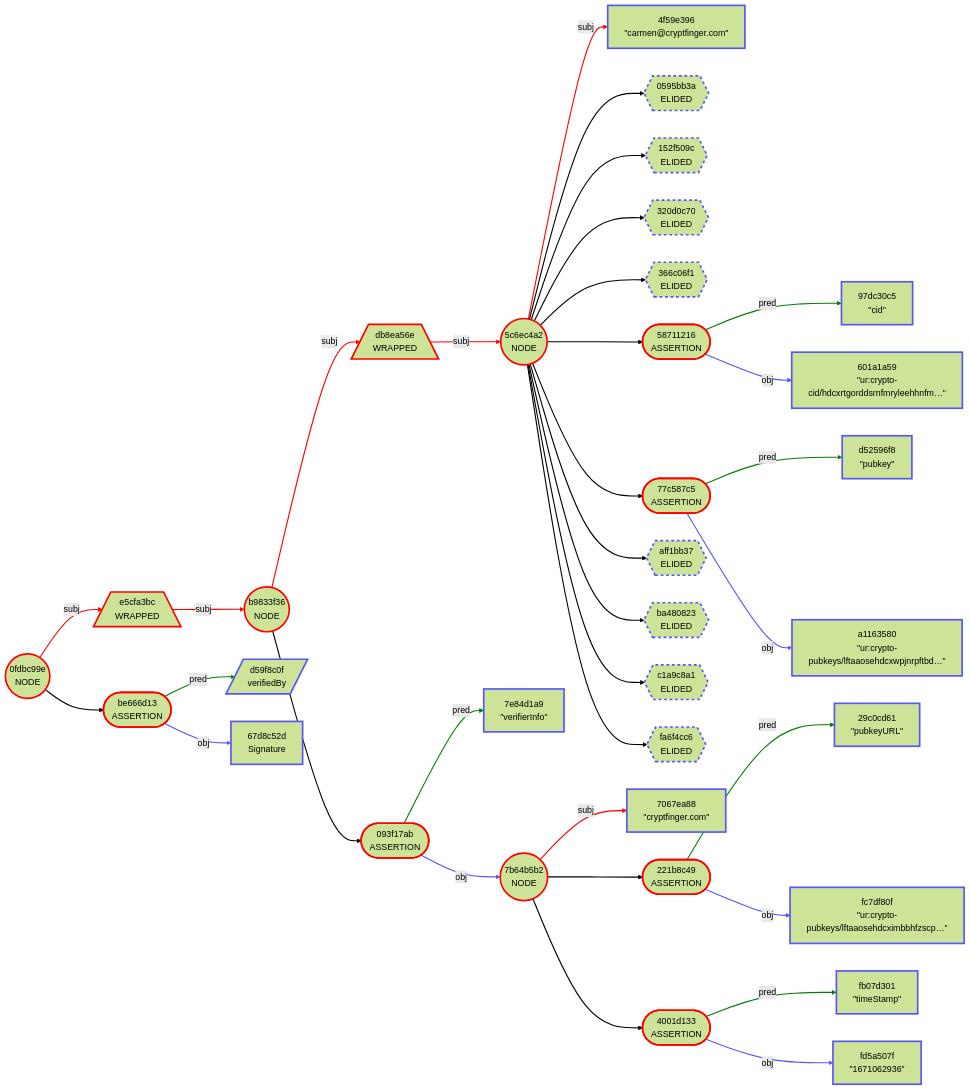
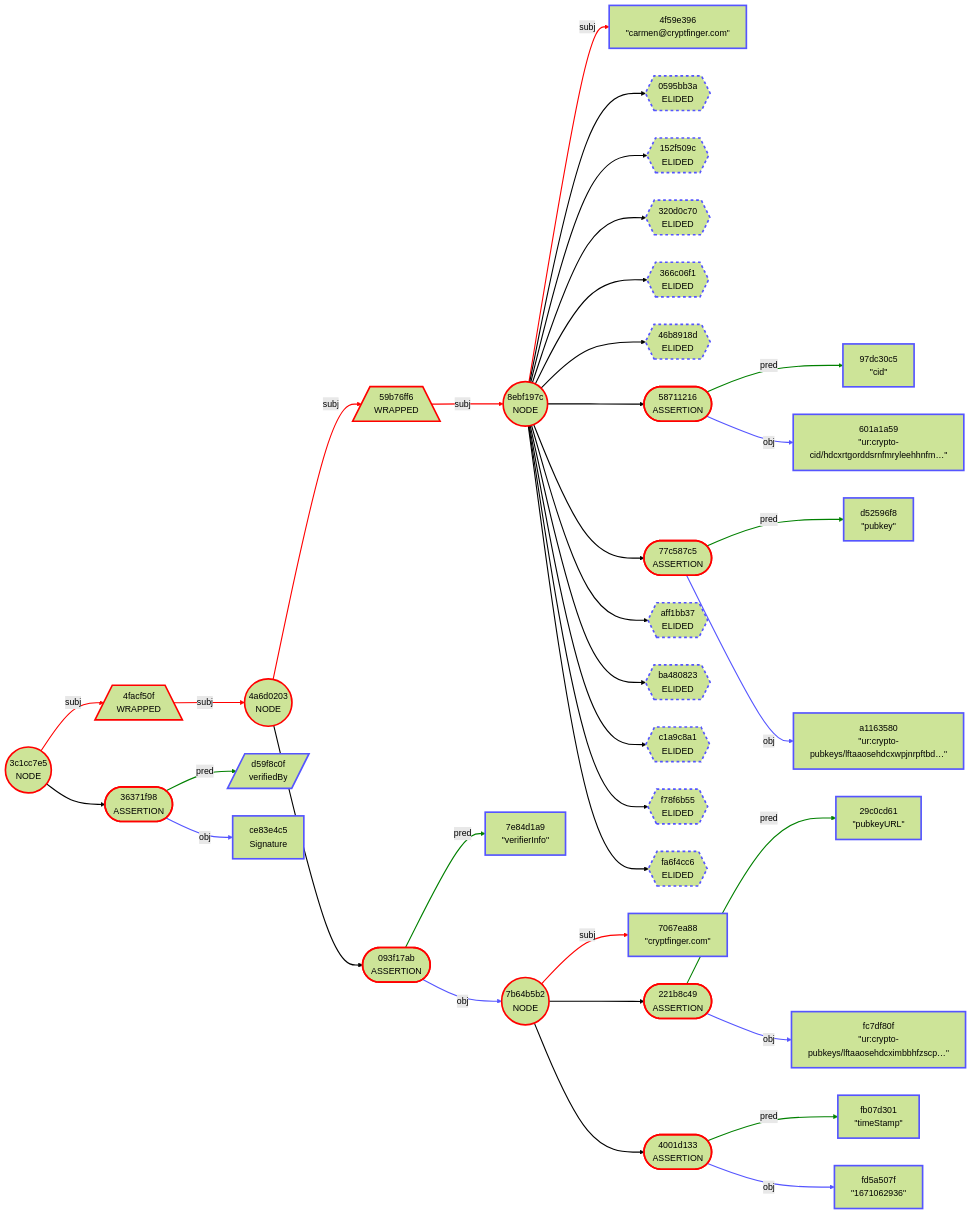
Before and after one commit to BlockchainCommons/Gordian: the fifth of 8 diagrams in Docs/Envelope-Use-Cases-Data.md, drawn with Mermaid (forest theme). The commit also changed other lines of this file, not shown here.

````diff
--- a/Docs/Envelope-Use-Cases-Data.md
+++ b/Docs/Envelope-Use-Cases-Data.md
@@ -1899,38 +1899,40 @@
 ```mermaid
 graph LR
-    1(("0fdbc99e<br/>NODE"))
-    2[/"e5cfa3bc<br/>WRAPPED"\]
-    3(("b9833f36<br/>NODE"))
-    4[/"db8ea56e<br/>WRAPPED"\]
-    5(("5c6ec4a2<br/>NODE"))
+    1(("3c1cc7e5<br/>NODE"))
+    2[/"4facf50f<br/>WRAPPED"\]
+    3(("4a6d0203<br/>NODE"))
+    4[/"59b76ff6<br/>WRAPPED"\]
+    5(("8ebf197c<br/>NODE"))
     6["4f59e396<br/>#quot;carmen@cryptfinger.com#quot;"]
     7{{"0595bb3a<br/>ELIDED"}}
     8{{"152f509c<br/>ELIDED"}}
     9{{"320d0c70<br/>ELIDED"}}
     10{{"366c06f1<br/>ELIDED"}}
-    11(["58711216<br/>ASSERTION"])
-    12["97dc30c5<br/>#quot;cid#quot;"]
-    13["601a1a59<br/>#quot;ur:crypto-cid/hdcxrtgorddsrnfmryleehhnfm…#quot;"]
-    14(["77c587c5<br/>ASSERTION"])
-    15["d52596f8<br/>#quot;pubkey#quot;"]
-    16["a1163580<br/>#quot;ur:crypto-pubkeys/lftaaosehdcxwpjnrpftbd…#quot;"]
-    17{{"aff1bb37<br/>ELIDED"}}
-    18{{"ba480823<br/>ELIDED"}}
-    19{{"c1a9c8a1<br/>ELIDED"}}
-    20{{"fa6f4cc6<br/>ELIDED"}}
-    21(["093f17ab<br/>ASSERTION"])
-    22["7e84d1a9<br/>#quot;verifierInfo#quot;"]
-    23(("7b64b5b2<br/>NODE"))
-    24["7067ea88<br/>#quot;cryptfinger.com#quot;"]
-    25(["221b8c49<br/>ASSERTION"])
-    26["29c0cd61<br/>#quot;pubkeyURL#quot;"]
-    27["fc7df80f<br/>#quot;ur:crypto-pubkeys/lftaaosehdcximbbhfzscp…#quot;"]
-    28(["4001d133<br/>ASSERTION"])
-    29["fb07d301<br/>#quot;timeStamp#quot;"]
-    30["fd5a507f<br/>#quot;1671062936#quot;"]
-    31(["be666d13<br/>ASSERTION"])
-    32[/"d59f8c0f<br/>verifiedBy"/]
-    33["67d8c52d<br/>Signature"]
+    11{{"46b8918d<br/>ELIDED"}}
+    12(["58711216<br/>ASSERTION"])
+    13["97dc30c5<br/>#quot;cid#quot;"]
+    14["601a1a59<br/>#quot;ur:crypto-cid/hdcxrtgorddsrnfmryleehhnfm…#quot;"]
+    15(["77c587c5<br/>ASSERTION"])
+    16["d52596f8<br/>#quot;pubkey#quot;"]
+    17["a1163580<br/>#quot;ur:crypto-pubkeys/lftaaosehdcxwpjnrpftbd…#quot;"]
+    18{{"aff1bb37<br/>ELIDED"}}
+    19{{"ba480823<br/>ELIDED"}}
+    20{{"c1a9c8a1<br/>ELIDED"}}
+    21{{"f78f6b55<br/>ELIDED"}}
+    22{{"fa6f4cc6<br/>ELIDED"}}
+    23(["093f17ab<br/>ASSERTION"])
+    24["7e84d1a9<br/>#quot;verifierInfo#quot;"]
+    25(("7b64b5b2<br/>NODE"))
+    26["7067ea88<br/>#quot;cryptfinger.com#quot;"]
+    27(["221b8c49<br/>ASSERTION"])
+    28["29c0cd61<br/>#quot;pubkeyURL#quot;"]
+    29["fc7df80f<br/>#quot;ur:crypto-pubkeys/lftaaosehdcximbbhfzscp…#quot;"]
+    30(["4001d133<br/>ASSERTION"])
+    31["fb07d301<br/>#quot;timeStamp#quot;"]
+    32["fd5a507f<br/>#quot;1671062936#quot;"]
+    33(["36371f98<br/>ASSERTION"])
+    34[/"d59f8c0f<br/>verifiedBy"/]
+    35["ce83e4c5<br/>Signature"]
     1 -->|subj| 2
     2 -->|subj| 3
     3 -->|subj| 4
@@ -1941,28 +1943,30 @@
     5 --> 9
     5 --> 10
     5 --> 11
-    11 -->|pred| 12
-    11 -->|obj| 13
-    5 --> 14
-    14 -->|pred| 15
-    14 -->|obj| 16
-    5 --> 17
+    5 --> 12
+    12 -->|pred| 13
+    12 -->|obj| 14
+    5 --> 15
+    15 -->|pred| 16
+    15 -->|obj| 17
     5 --> 18
     5 --> 19
     5 --> 20
-    3 --> 21
-    21 -->|pred| 22
-    21 -->|obj| 23
-    23 -->|subj| 24
-    23 --> 25
-    25 -->|pred| 26
-    25 -->|obj| 27
-    23 --> 28
-    28 -->|pred| 29
-    28 -->|obj| 30
-    1 --> 31
-    31 -->|pred| 32
-    31 -->|obj| 33
+    5 --> 21
+    5 --> 22
+    3 --> 23
+    23 -->|pred| 24
+    23 -->|obj| 25
+    25 -->|subj| 26
+    25 --> 27
+    27 -->|pred| 28
+    27 -->|obj| 29
+    25 --> 30
+    30 -->|pred| 31
+    30 -->|obj| 32
+    1 --> 33
+    33 -->|pred| 34
+    33 -->|obj| 35
     style 1 stroke:red,stroke-width:3.0px
     style 2 stroke:red,stroke-width:3.0px
     style 3 stroke:red,stroke-width:3.0px
@@ -1973,29 +1977,31 @@
     style 8 stroke:#55f,stroke-width:3.0px,stroke-dasharray:5.0 5.0
     style 9 stroke:#55f,stroke-width:3.0px,stroke-dasharray:5.0 5.0
     style 10 stroke:#55f,stroke-width:3.0px,stroke-dasharray:5.0 5.0
-    style 11 stroke:red,stroke-width:3.0px
-    style 12 stroke:#55f,stroke-width:3.0px
+    style 11 stroke:#55f,stroke-width:3.0px,stroke-dasharray:5.0 5.0
+    style 12 stroke:red,stroke-width:3.0px
     style 13 stroke:#55f,stroke-width:3.0px
-    style 14 stroke:red,stroke-width:3.0px
-    style 15 stroke:#55f,stroke-width:3.0px
+    style 14 stroke:#55f,stroke-width:3.0px
+    style 15 stroke:red,stroke-width:3.0px
     style 16 stroke:#55f,stroke-width:3.0px
-    style 17 stroke:#55f,stroke-width:3.0px,stroke-dasharray:5.0 5.0
+    style 17 stroke:#55f,stroke-width:3.0px
     style 18 stroke:#55f,stroke-width:3.0px,stroke-dasharray:5.0 5.0
     style 19 stroke:#55f,stroke-width:3.0px,stroke-dasharray:5.0 5.0
     style 20 stroke:#55f,stroke-width:3.0px,stroke-dasharray:5.0 5.0
-    style 21 stroke:red,stroke-width:3.0px
-    style 22 stroke:#55f,stroke-width:3.0px
+    style 21 stroke:#55f,stroke-width:3.0px,stroke-dasharray:5.0 5.0
+    style 22 stroke:#55f,stroke-width:3.0px,stroke-dasharray:5.0 5.0
     style 23 stroke:red,stroke-width:3.0px
     style 24 stroke:#55f,stroke-width:3.0px
     style 25 stroke:red,stroke-width:3.0px
     style 26 stroke:#55f,stroke-width:3.0px
-    style 27 stroke:#55f,stroke-width:3.0px
-    style 28 stroke:red,stroke-width:3.0px
+    style 27 stroke:red,stroke-width:3.0px
+    style 28 stroke:#55f,stroke-width:3.0px
     style 29 stroke:#55f,stroke-width:3.0px
-    style 30 stroke:#55f,stroke-width:3.0px
-    style 31 stroke:red,stroke-width:3.0px
+    style 30 stroke:red,stroke-width:3.0px
+    style 31 stroke:#55f,stroke-width:3.0px
     style 32 stroke:#55f,stroke-width:3.0px
-    style 33 stroke:#55f,stroke-width:3.0px
+    style 33 stroke:red,stroke-width:3.0px
+    style 34 stroke:#55f,stroke-width:3.0px
+    style 35 stroke:#55f,stroke-width:3.0px
     linkStyle 0 stroke:red,stroke-width:2.0px
     linkStyle 1 stroke:red,stroke-width:2.0px
     linkStyle 2 stroke:red,stroke-width:2.0px
@@ -2006,26 +2012,28 @@
     linkStyle 7 stroke-width:2.0px
     linkStyle 8 stroke-width:2.0px
     linkStyle 9 stroke-width:2.0px
-    linkStyle 10 stroke:green,stroke-width:2.0px
-    linkStyle 11 stroke:#55f,stroke-width:2.0px
-    linkStyle 12 stroke-width:2.0px
-    linkStyle 13 stroke:green,stroke-width:2.0px
-    linkStyle 14 stroke:#55f,stroke-width:2.0px
-    linkStyle 15 stroke-width:2.0px
+    linkStyle 10 stroke-width:2.0px
+    linkStyle 11 stroke:green,stroke-width:2.0px
+    linkStyle 12 stroke:#55f,stroke-width:2.0px
+    linkStyle 13 stroke-width:2.0px
+    linkStyle 14 stroke:green,stroke-width:2.0px
+    linkStyle 15 stroke:#55f,stroke-width:2.0px
     linkStyle 16 stroke-width:2.0px
     linkStyle 17 stroke-width:2.0px
     linkStyle 18 stroke-width:2.0px
     linkStyle 19 stroke-width:2.0px
-    linkStyle 20 stroke:green,stroke-width:2.0px
-    linkStyle 21 stroke:#55f,stroke-width:2.0px
-    linkStyle 22 stroke:red,stroke-width:2.0px
-    linkStyle 23 stroke-width:2.0px
-    linkStyle 24 stroke:green,stroke-width:2.0px
-    linkStyle 25 stroke:#55f,stroke-width:2.0px
-    linkStyle 26 stroke-width:2.0px
-    linkStyle 27 stroke:green,stroke-width:2.0px
-    linkStyle 28 stroke:#55f,stroke-width:2.0px
-    linkStyle 29 stroke-width:2.0px
-    linkStyle 30 stroke:green,stroke-width:2.0px
-    linkStyle 31 stroke:#55f,stroke-width:2.0px
+    linkStyle 20 stroke-width:2.0px
+    linkStyle 21 stroke-width:2.0px
+    linkStyle 22 stroke:green,stroke-width:2.0px
+    linkStyle 23 stroke:#55f,stroke-width:2.0px
+    linkStyle 24 stroke:red,stroke-width:2.0px
+    linkStyle 25 stroke-width:2.0px
+    linkStyle 26 stroke:green,stroke-width:2.0px
+    linkStyle 27 stroke:#55f,stroke-width:2.0px
+    linkStyle 28 stroke-width:2.0px
+    linkStyle 29 stroke:green,stroke-width:2.0px
+    linkStyle 30 stroke:#55f,stroke-width:2.0px
+    linkStyle 31 stroke-width:2.0px
+    linkStyle 32 stroke:green,stroke-width:2.0px
+    linkStyle 33 stroke:#55f,stroke-width:2.0px
 ```
````
